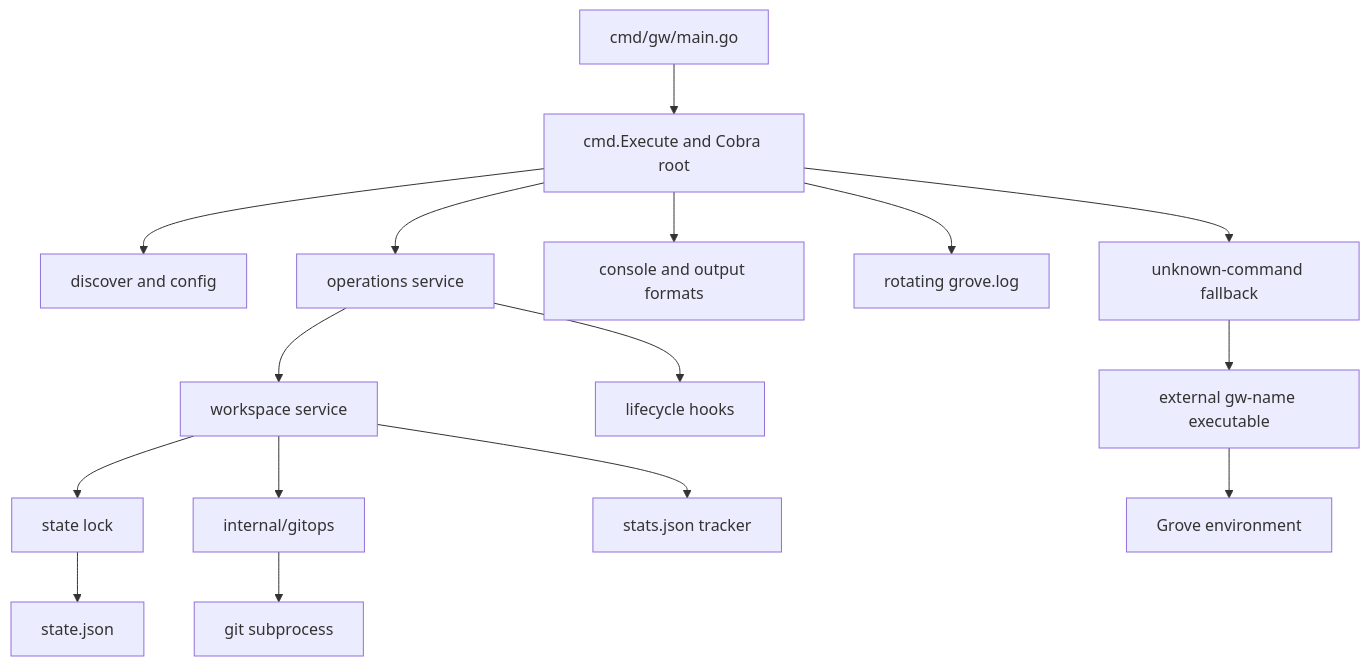
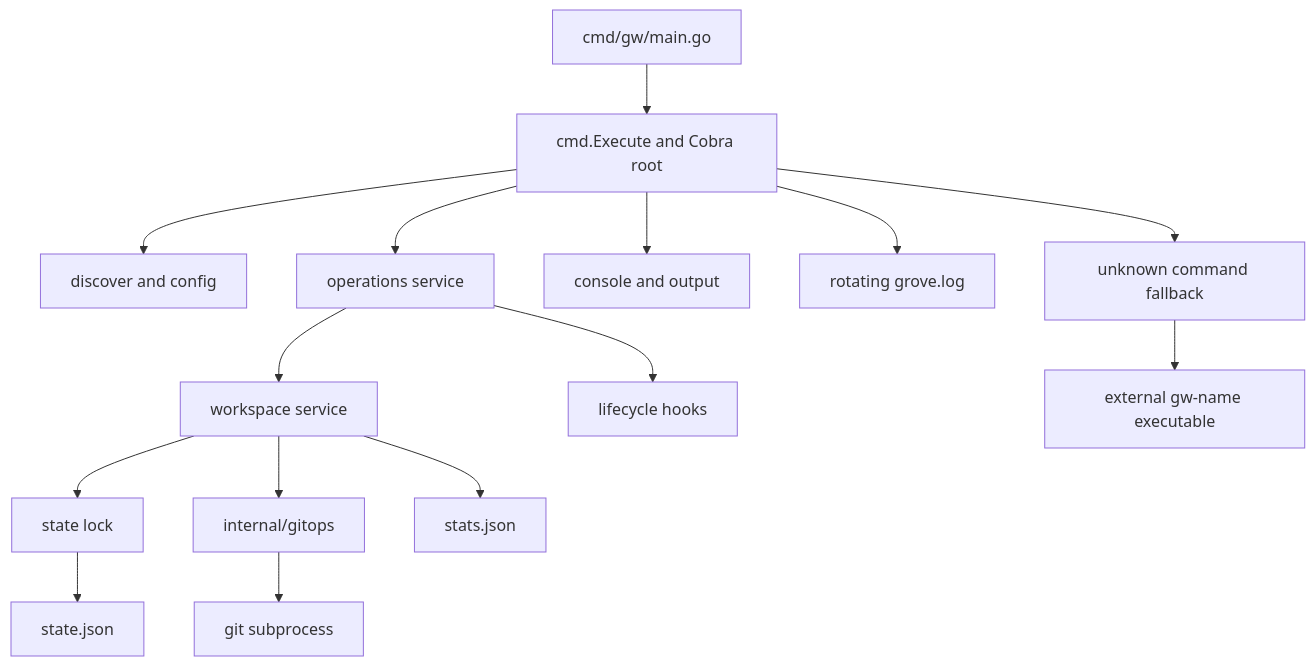
The first of 3 diagrams in openwiki/architecture.md (nicksenap/grove), drawn with Mermaid before and after one commit. The commit also changed other lines of this file and 10 other files, not shown here.

````diff
--- a/openwiki/architecture.md
+++ b/openwiki/architecture.md
@@ -59,18 +49,17 @@
 ```mermaid
 flowchart TD
     ENTRY["cmd/gw/main.go"] --> ROOT["cmd.Execute and Cobra root"]
     ROOT --> DISC["discover and config"]
     ROOT --> OPS["operations service"]
     OPS --> WS["workspace service"]
     WS --> LOCK["state lock"]
     LOCK --> STATE["state.json"]
     WS --> GITOPS["internal/gitops"]
     GITOPS --> GIT["git subprocess"]
-    WS --> STATS["stats.json tracker"]
+    WS --> STATS["stats.json"]
     OPS --> HOOKS["lifecycle hooks"]
-    ROOT --> OUT["console and output formats"]
+    ROOT --> OUT["console and output"]
     ROOT --> LOG["rotating grove.log"]
-    ROOT --> FALLBACK["unknown-command fallback"]
+    ROOT --> FALLBACK["unknown command fallback"]
     FALLBACK --> PLUGIN["external gw-name executable"]
-    PLUGIN --> ENV["Grove environment"]
 ```
````
